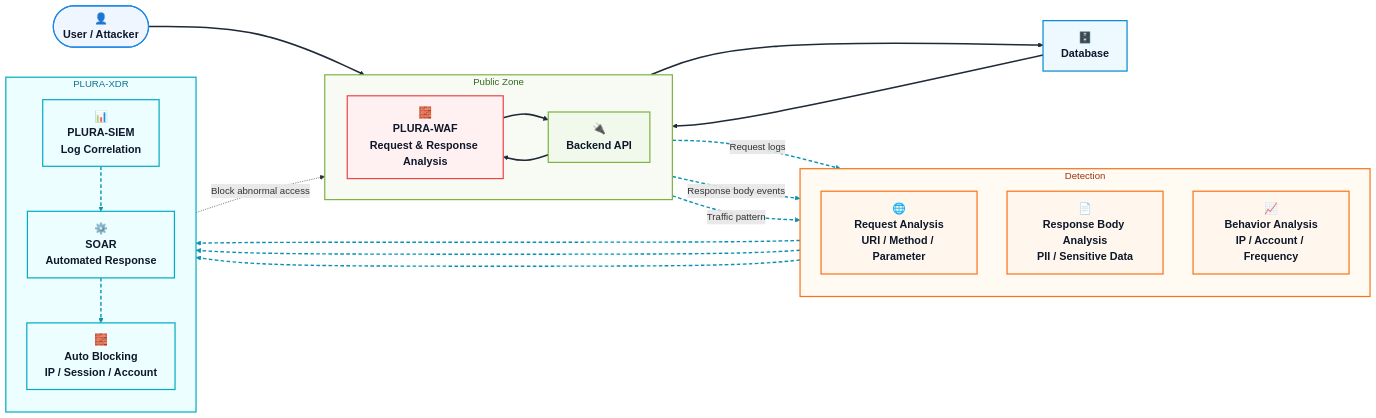
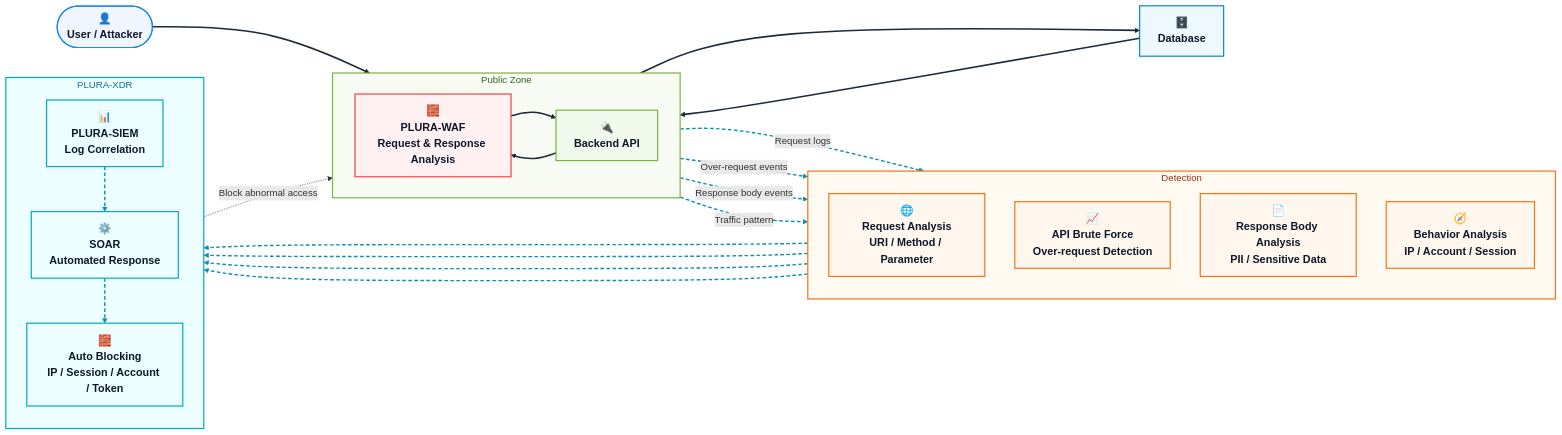
One commit to qubitsec/blog changed the fifth of 5 diagrams in content/ko/respond/modoo-startup-api-response-leak.md. Above: the diagram before and after it, drawn with Mermaid. The commit also changed other lines of this file, not shown here.

````diff
--- a/content/ko/respond/modoo-startup-api-response-leak.md
+++ b/content/ko/respond/modoo-startup-api-response-leak.md
@@ -629,15 +757,16 @@
     subgraph DETECTION["Detection"]
         direction TB
         REQ["🌐<br/><b>Request Analysis</b><br/>URI / Method / Parameter"]
+        BRUTE["📈<br/><b>API Brute Force</b><br/>Over-request Detection"]
         RESP["📄<br/><b>Response Body Analysis</b><br/>PII / Sensitive Data"]
-        BEHAVIOR["📈<br/><b>Behavior Analysis</b><br/>IP / Account / Frequency"]
+        BEHAVIOR["🧭<br/><b>Behavior Analysis</b><br/>IP / Account / Session"]
     end
 
     subgraph XDR["PLURA-XDR"]
         direction TB
         SIEM["📊<br/><b>PLURA-SIEM</b><br/>Log Correlation"]
         SOAR["⚙️<br/><b>SOAR</b><br/>Automated Response"]
-        BLOCK["🧱<br/><b>Auto Blocking</b><br/>IP / Session / Account"]
+        BLOCK["🧱<br/><b>Auto Blocking</b><br/>IP / Session / Account / Token"]
     end
 
     DB["🗄️<br/><b>Database</b>"]
@@ -649,10 +778,12 @@
     API --> WAF
 
     WAF -. "Request logs" .-> REQ
+    WAF -. "Over-request events" .-> BRUTE
     WAF -. "Response body events" .-> RESP
     WAF -. "Traffic pattern" .-> BEHAVIOR
 
     REQ --> SIEM
+    BRUTE --> SIEM
     RESP --> SIEM
     BEHAVIOR --> SIEM
 
@@ -671,7 +802,7 @@
     class WAF security;
     class API public;
     class DB db;
-    class REQ,RESP,BEHAVIOR detection;
+    class REQ,BRUTE,RESP,BEHAVIOR detection;
     class SIEM,SOAR,BLOCK xdr;
 
     style PUBLIC fill:#f7fbf3,stroke:#7cb342,stroke-width:2px,color:#33691e;
@@ -679,5 +810,5 @@
     style XDR fill:#ecfeff,stroke:#00acc1,stroke-width:2px,color:#0e7490;
 
     linkStyle 0,1,2,3,4 stroke:#1f2937,stroke-width:2.6px;
-    linkStyle 5,6,7,8,9,10,11,12 stroke:#0891b2,stroke-width:2.3px,stroke-dasharray:6 4;
+    linkStyle 5,6,7,8,9,10,11,12,13,14 stroke:#0891b2,stroke-width:2.3px,stroke-dasharray:6 4;
 ```
````
